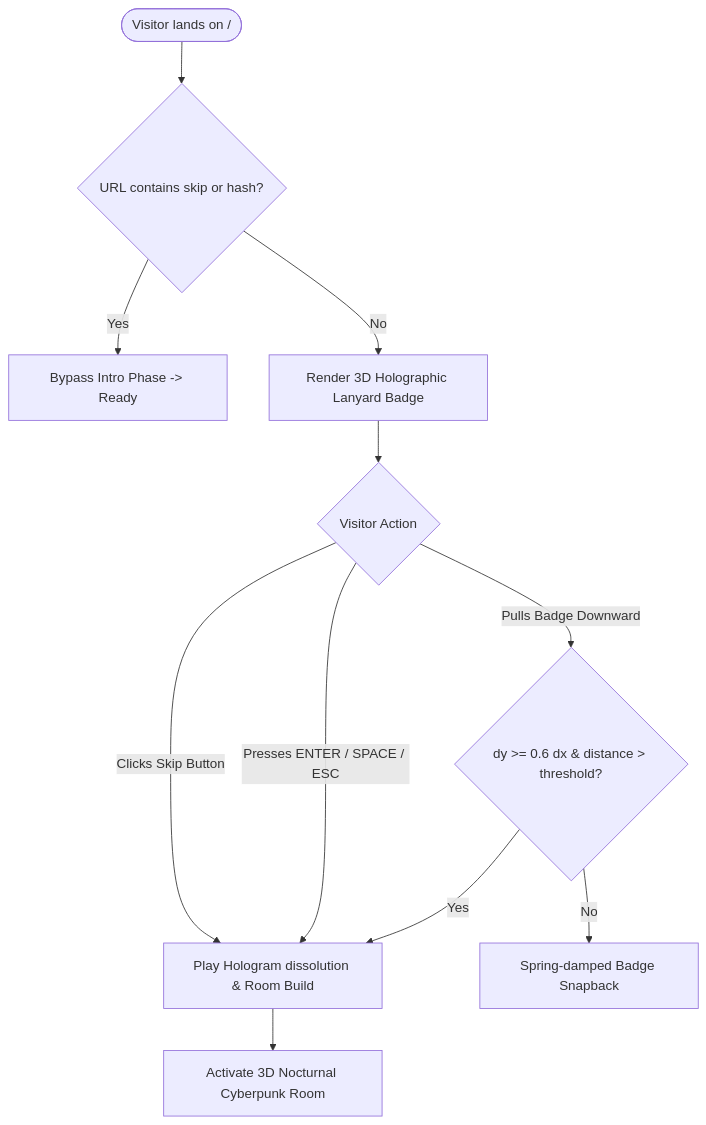
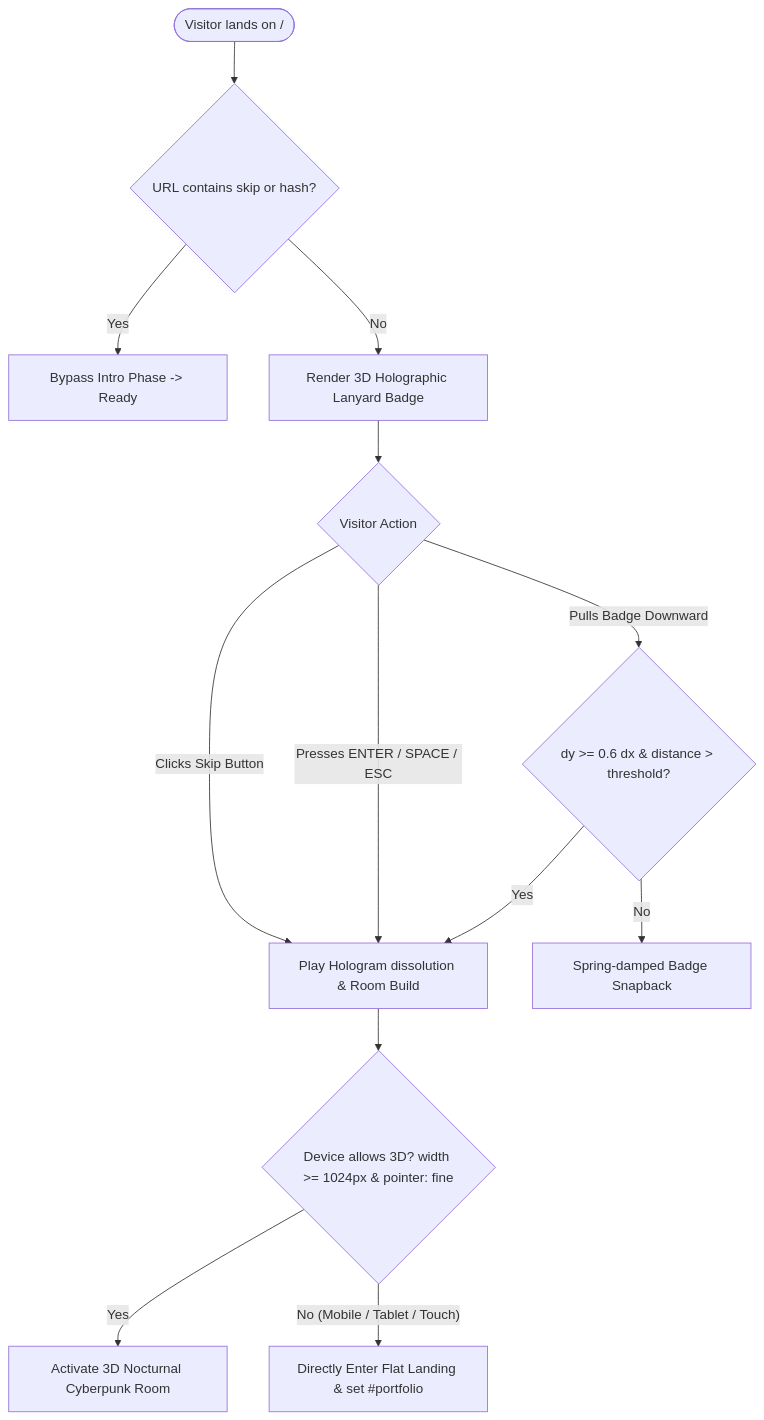
Before and after one commit to AmirRghp/protfolio: the first of 6 diagrams in docs/UX_FLOWS.md, drawn with Mermaid. The commit also changed other lines of this file and 9 other files, not shown here.

````diff
--- a/docs/UX_FLOWS.md
+++ b/docs/UX_FLOWS.md
@@ -17,16 +17,18 @@
 ```mermaid
 flowchart TD
     Start([Visitor lands on /]) --> CheckParam{URL contains skip or hash?}
     CheckParam -- Yes --> InstantEnter[Bypass Intro Phase -> Ready]
     CheckParam -- No --> ShowLanyard[Render 3D Holographic Lanyard Badge]
     
     ShowLanyard --> UserAction{Visitor Action}
     UserAction -- Pulls Badge Downward --> DownDominance{dy >= 0.6 dx & distance > threshold?}
     DownDominance -- Yes --> TriggerEnter[Play Hologram dissolution & Room Build]
     DownDominance -- No --> SpringReturn[Spring-damped Badge Snapback]
     
     UserAction -- Presses ENTER / SPACE / ESC --> TriggerEnter
     UserAction -- Clicks Skip Button --> TriggerEnter
     
-    TriggerEnter --> RoomActive[Activate 3D Nocturnal Cyberpunk Room]
+    TriggerEnter --> CheckDevice{Device allows 3D? width >= 1024px & pointer: fine}
+    CheckDevice -- Yes --> RoomActive[Activate 3D Nocturnal Cyberpunk Room]
+    CheckDevice -- No (Mobile / Tablet / Touch) --> DirectFlat[Directly Enter Flat Landing & set #portfolio]
 ```
````
